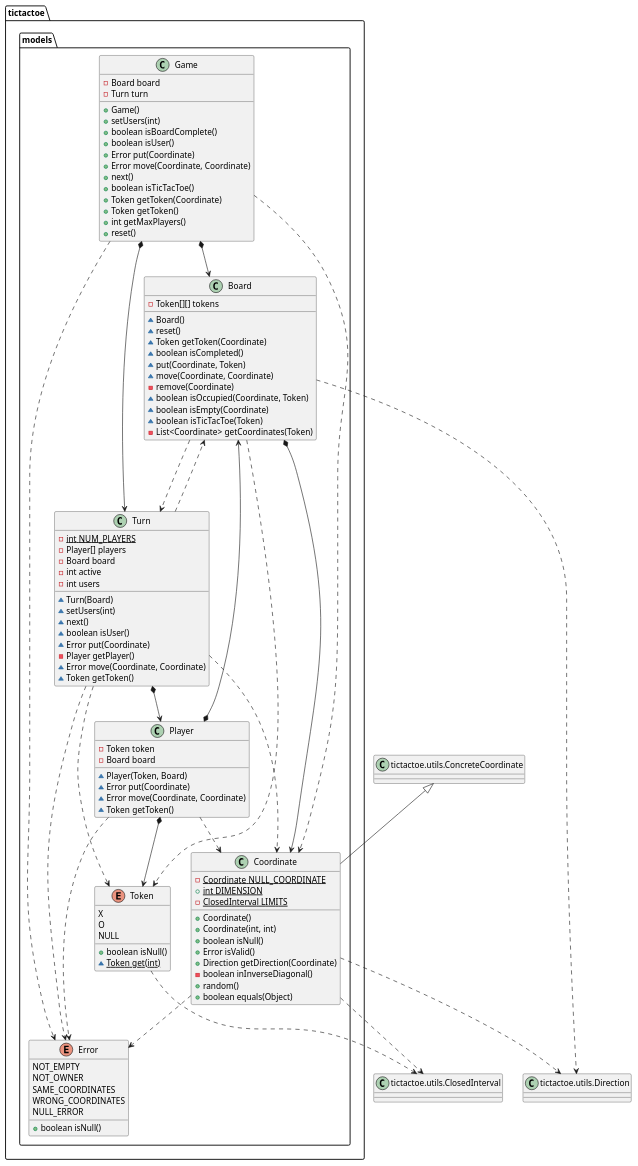
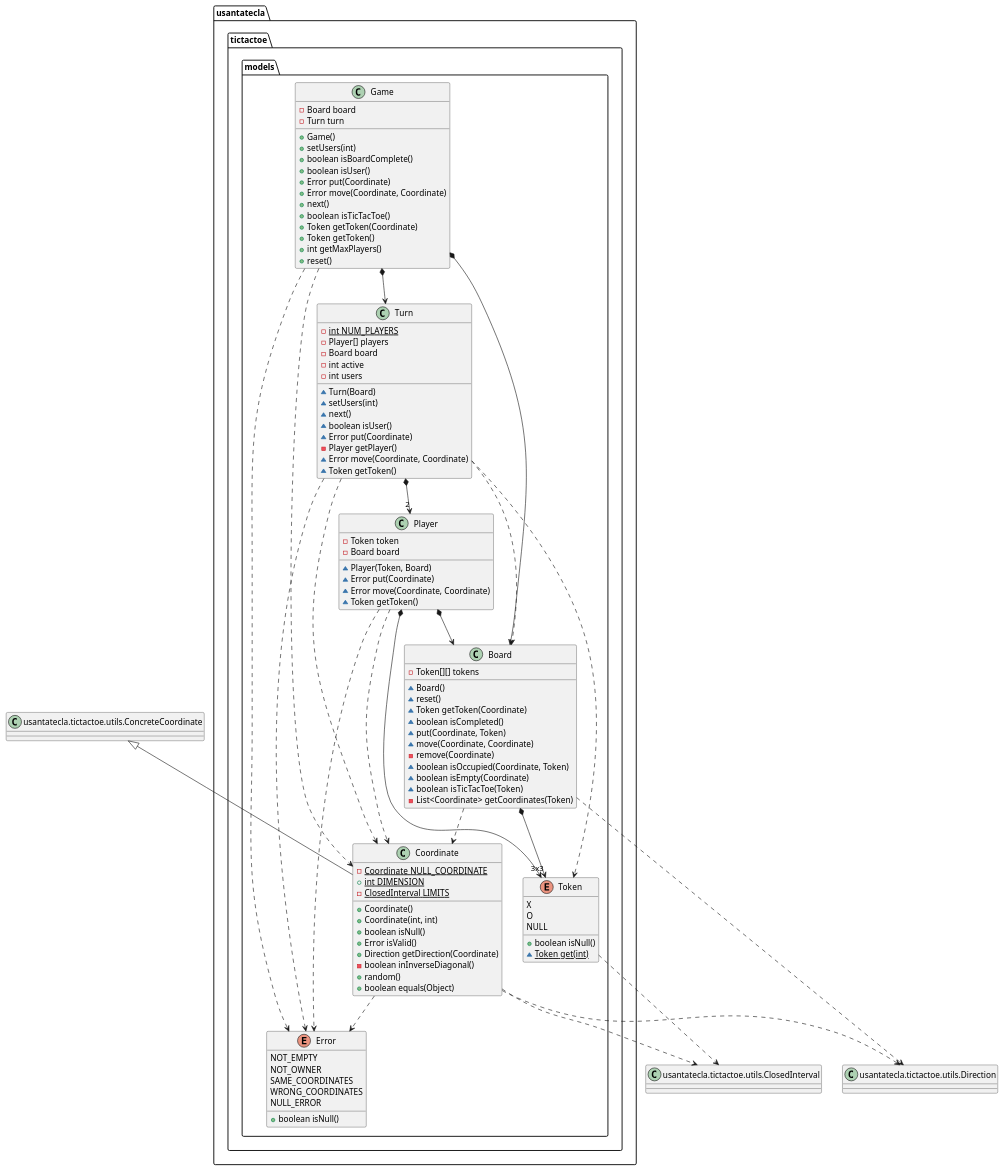
Before and after one commit to Jolucaa/USantaTecla-project-ticTacToe: the fifth of 5 diagrams in documentView/withoutFactoryMethod/docs/diagrams/src/paquetes.plantuml, drawn with PlantUML. The commit also changed other lines of this file and 4 other files, not shown here.

```diff
--- a/documentView/withoutFactoryMethod/docs/diagrams/src/paquetes.plantuml
+++ b/documentView/withoutFactoryMethod/docs/diagrams/src/paquetes.plantuml
@@ -390,119 +370,117 @@
 @startuml tictactoe.models
-class  tictactoe.models.Board{
+class  usantatecla.tictactoe.models.Board{
 - Token[][] tokens
 ~ Board()
 ~ reset()
 ~ Token getToken(Coordinate)
 ~ boolean isCompleted()
 ~ put(Coordinate, Token)
 ~ move(Coordinate, Coordinate)
 - remove(Coordinate)
 ~ boolean isOccupied(Coordinate, Token)
 ~ boolean isEmpty(Coordinate)
 ~ boolean isTicTacToe(Token)
 - List<Coordinate> getCoordinates(Token)
 }
 
-class ClosedInterval as "tictactoe.utils.ClosedInterval"
-class ConcreteCoordinate as "tictactoe.utils.ConcreteCoordinate"
-class Direction as "tictactoe.utils.Direction"
+class ClosedInterval as "usantatecla.tictactoe.utils.ClosedInterval"
+class ConcreteCoordinate as "usantatecla.tictactoe.utils.ConcreteCoordinate"
+class Direction as "usantatecla.tictactoe.utils.Direction"
 
-tictactoe.models.Board *-down-> tictactoe.models.Coordinate
-tictactoe.models.Board ..> tictactoe.models.Token
-tictactoe.models.Board ..> tictactoe.models.Turn
-tictactoe.models.Board ..> Direction
+usantatecla.tictactoe.models.Board ..> usantatecla.tictactoe.models.Coordinate
+usantatecla.tictactoe.models.Board *-down-> "3x3" usantatecla.tictactoe.models.Token
+usantatecla.tictactoe.models.Board ..> Direction
 
-class  tictactoe.models.Coordinate{
+class  usantatecla.tictactoe.models.Coordinate{
 - {static} Coordinate NULL_COORDINATE
 + {static} int DIMENSION
 - {static} ClosedInterval LIMITS
 + Coordinate()
 + Coordinate(int, int)
 + boolean isNull()
 + Error isValid()
 + Direction getDirection(Coordinate)
 - boolean inInverseDiagonal()
 + random()
 + boolean equals(Object)
 }
-ConcreteCoordinate <|-down- tictactoe.models.Coordinate
-tictactoe.models.Coordinate ..> tictactoe.models.Error
-tictactoe.models.Coordinate ..> Direction
-tictactoe.models.Coordinate ..> ClosedInterval
+ConcreteCoordinate <|-down- usantatecla.tictactoe.models.Coordinate
+usantatecla.tictactoe.models.Coordinate ..> usantatecla.tictactoe.models.Error
+usantatecla.tictactoe.models.Coordinate ..> Direction
+usantatecla.tictactoe.models.Coordinate ..> ClosedInterval
 
-enum  tictactoe.models.Error{
+enum  usantatecla.tictactoe.models.Error{
 NOT_EMPTY
 NOT_OWNER
 SAME_COORDINATES
 WRONG_COORDINATES
 NULL_ERROR
 + boolean isNull()
 }
 
-class  tictactoe.models.Game{
+class  usantatecla.tictactoe.models.Game{
 - Board board
 - Turn turn
 + Game()
 + setUsers(int)
 + boolean isBoardComplete()
 + boolean isUser()
 + Error put(Coordinate)
 + Error move(Coordinate, Coordinate)
 + next()
 + boolean isTicTacToe()
 + Token getToken(Coordinate)
 + Token getToken()
 + int getMaxPlayers()
 + reset()
 }
-tictactoe.models.Game *-down-> tictactoe.models.Board
-tictactoe.models.Game *-down-> tictactoe.models.Turn
-tictactoe.models.Game ..> tictactoe.models.Coordinate
-tictactoe.models.Game ..> tictactoe.models.Error
+usantatecla.tictactoe.models.Game *-down-> usantatecla.tictactoe.models.Board
+usantatecla.tictactoe.models.Game *-down-> usantatecla.tictactoe.models.Turn
+usantatecla.tictactoe.models.Game ..> usantatecla.tictactoe.models.Coordinate
+usantatecla.tictactoe.models.Game ..> usantatecla.tictactoe.models.Error
 
-class  tictactoe.models.Player{
+class  usantatecla.tictactoe.models.Player{
 - Token token
 - Board board
 ~ Player(Token, Board)
 ~ Error put(Coordinate)
 ~ Error move(Coordinate, Coordinate)
 ~ Token getToken()
 }
-tictactoe.models.Player *-down-> tictactoe.models.Token
-tictactoe.models.Player *-down-> tictactoe.models.Board
-tictactoe.models.Player ..> tictactoe.models.Coordinate
-tictactoe.models.Player ..> tictactoe.models.Error
+usantatecla.tictactoe.models.Player *-down-> usantatecla.tictactoe.models.Token
+usantatecla.tictactoe.models.Player *-down-> usantatecla.tictactoe.models.Board
+usantatecla.tictactoe.models.Player ..> usantatecla.tictactoe.models.Coordinate
+usantatecla.tictactoe.models.Player ..> usantatecla.tictactoe.models.Error
 
-enum  tictactoe.models.Token{
+enum  usantatecla.tictactoe.models.Token{
 X
 O
 NULL
 + boolean isNull()
 ~ {static} Token get(int)
 }
 
-tictactoe.models.Token ..> ClosedInterval
+usantatecla.tictactoe.models.Token ..> ClosedInterval
 
-class  tictactoe.models.Turn{
+class  usantatecla.tictactoe.models.Turn{
 - {static} int NUM_PLAYERS
 - Player[] players
 - Board board
 - int active
 - int users
 ~ Turn(Board)
 ~ setUsers(int)
 ~ next()
 ~ boolean isUser()
 ~ Error put(Coordinate)
 - Player getPlayer()
 ~ Error move(Coordinate, Coordinate)
 ~ Token getToken()
 }
 
-tictactoe.models.Turn *-down-> tictactoe.models.Player
-tictactoe.models.Turn ..down-> tictactoe.models.Board
-tictactoe.models.Turn ..down-> tictactoe.models.Token
-tictactoe.models.Turn ..down-> tictactoe.models.Coordinate
-tictactoe.models.Turn ..down-> tictactoe.models.Error
-
+usantatecla.tictactoe.models.Turn *-down-> "2" usantatecla.tictactoe.models.Player
+usantatecla.tictactoe.models.Turn ..down-> usantatecla.tictactoe.models.Board
+usantatecla.tictactoe.models.Turn ..down-> usantatecla.tictactoe.models.Token
+usantatecla.tictactoe.models.Turn ..down-> usantatecla.tictactoe.models.Coordinate
+usantatecla.tictactoe.models.Turn ..down-> usantatecla.tictactoe.models.Error
 @enduml
```
